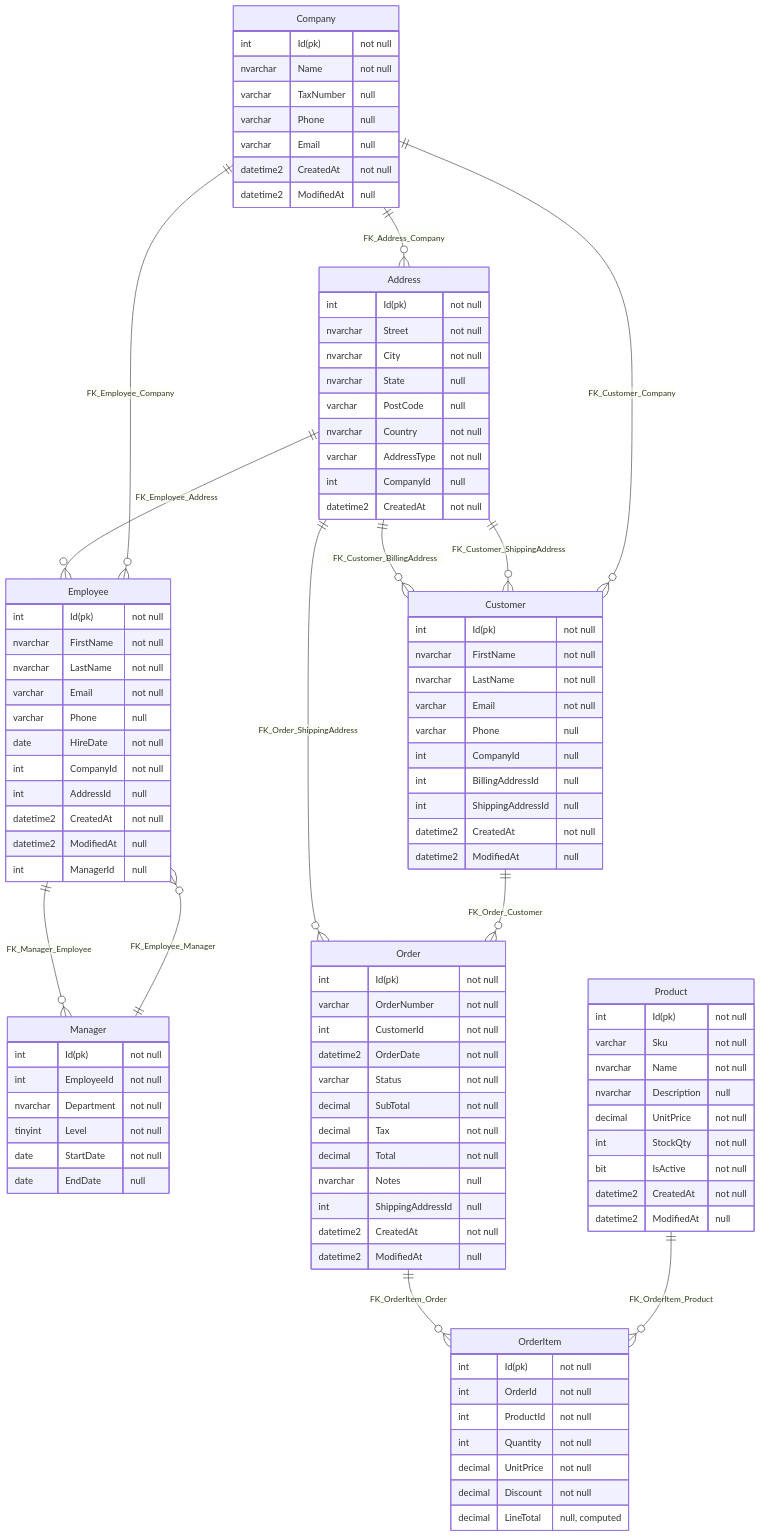
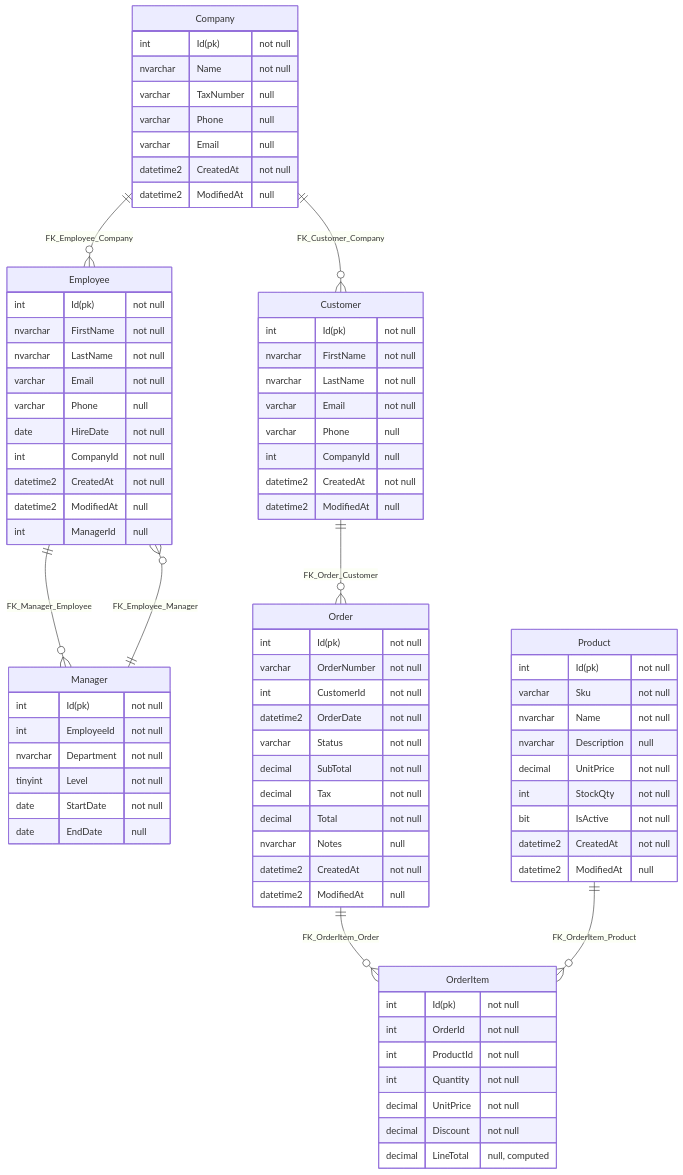
The diagram in src/SqlServerToMermaid.Tests/Tests.RenderMarkdown.verified.md (SimonCropp/DbToMermaid), drawn with Mermaid before and after one commit. The commit also changed 2 other files, not shown here.

````diff
--- a/src/SqlServerToMermaid.Tests/Tests.RenderMarkdown.verified.md
+++ b/src/SqlServerToMermaid.Tests/Tests.RenderMarkdown.verified.md
@@ -2,16 +2,5 @@
 ```mermaid
 erDiagram
-  Address {
-    int Id(pk) "not null"
-    nvarchar Street "not null"
-    nvarchar City "not null"
-    nvarchar State "null"
-    varchar PostCode "null"
-    nvarchar Country "not null"
-    varchar AddressType "not null"
-    int CompanyId "null"
-    datetime2 CreatedAt "not null"
-  }
   Company {
     int Id(pk) "not null"
     nvarchar Name "not null"
@@ -28,8 +17,6 @@
     varchar Email "not null"
     varchar Phone "null"
     int CompanyId "null"
-    int BillingAddressId "null"
-    int ShippingAddressId "null"
     datetime2 CreatedAt "not null"
     datetime2 ModifiedAt "null"
   }
@@ -41,7 +28,6 @@
     varchar Phone "null"
     date HireDate "not null"
     int CompanyId "not null"
-    int AddressId "null"
     datetime2 CreatedAt "not null"
     datetime2 ModifiedAt "null"
     int ManagerId "null"
@@ -64,7 +50,6 @@
     decimal Tax "not null"
     decimal Total "not null"
     nvarchar Notes "null"
-    int ShippingAddressId "null"
     datetime2 CreatedAt "not null"
     datetime2 ModifiedAt "null"
   }
@@ -88,11 +73,6 @@
     datetime2 CreatedAt "not null"
     datetime2 ModifiedAt "null"
   }
-  Address ||--o{ Customer : "FK_Customer_BillingAddress"
-  Address ||--o{ Customer : "FK_Customer_ShippingAddress"
-  Address ||--o{ Employee : "FK_Employee_Address"
-  Address ||--o{ Order : "FK_Order_ShippingAddress"
-  Company ||--o{ Address : "FK_Address_Company"
   Company ||--o{ Customer : "FK_Customer_Company"
   Company ||--o{ Employee : "FK_Employee_Company"
   Customer ||--o{ Order : "FK_Order_Customer"
````
